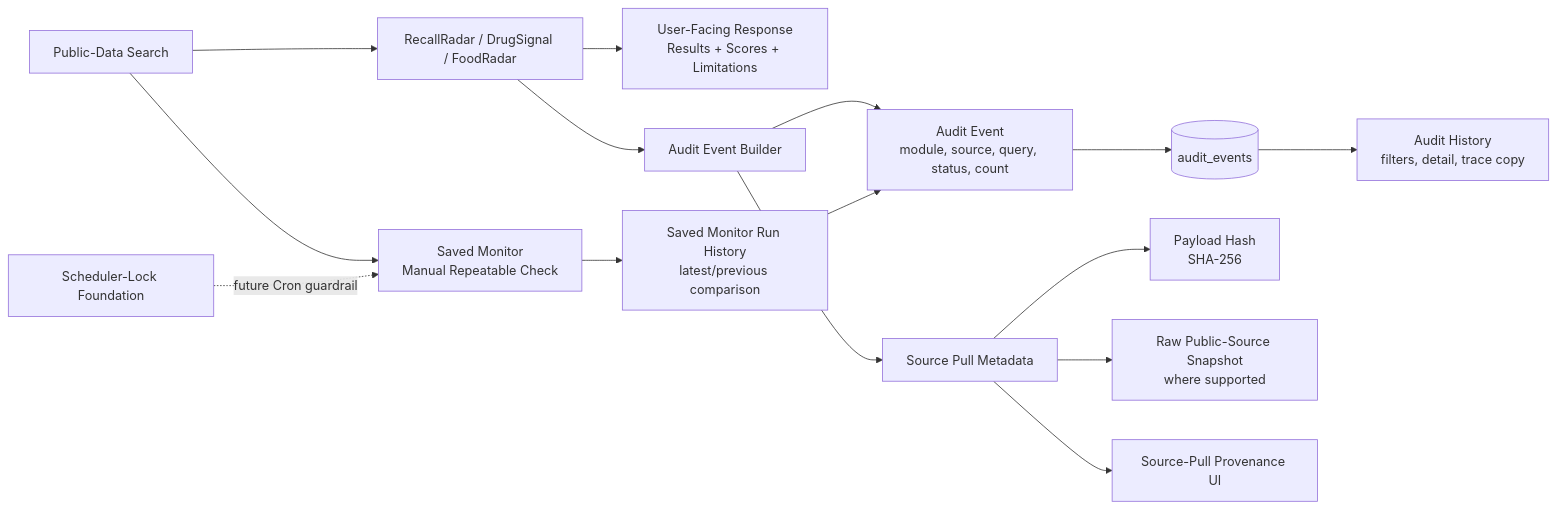
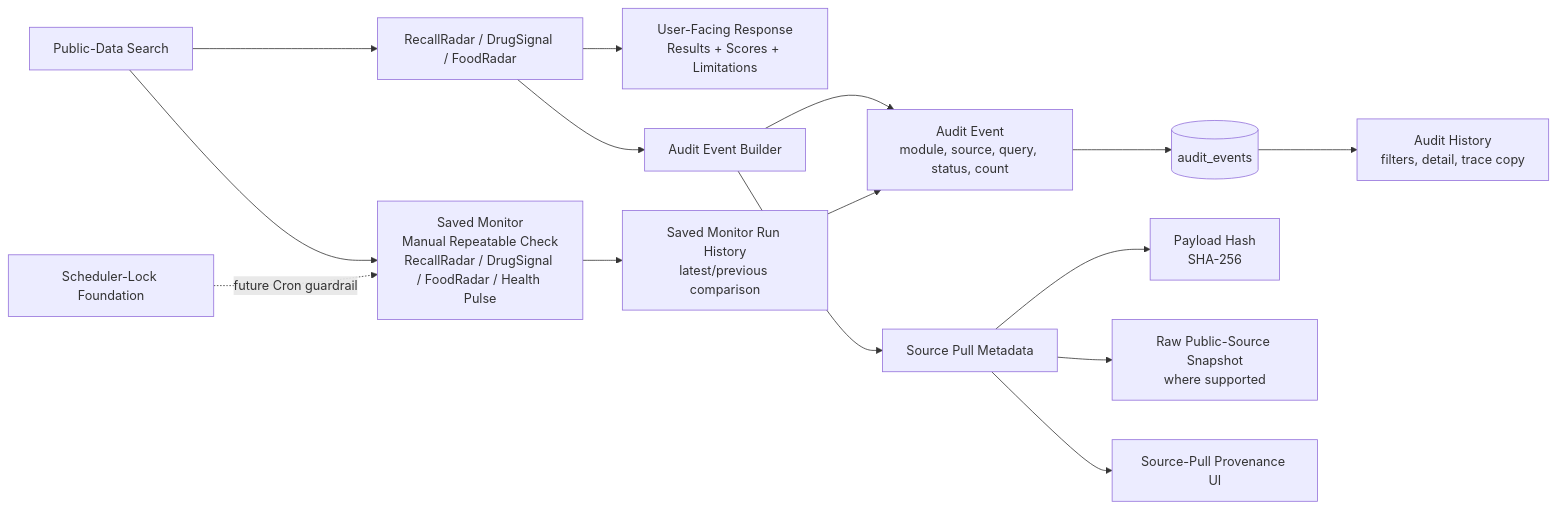
The third of 3 diagrams in docs/final_portfolio_architecture.md (ChanduEsukula/dav-ai), drawn with Mermaid before and after one commit. The commit also changed other lines of this file and 3 other files, not shown here.

Commit message:
Document FoodRadar manual saved monitor support

````diff
--- a/docs/final_portfolio_architecture.md
+++ b/docs/final_portfolio_architecture.md
@@ -142,21 +142,21 @@
 ```mermaid
 flowchart LR
     Search["Public-Data Search"] --> Workflow["RecallRadar / DrugSignal / FoodRadar"]
     Workflow --> Response["User-Facing Response<br/>Results + Scores + Limitations"]
     Workflow --> AuditBuilder["Audit Event Builder"]
 
     AuditBuilder --> AuditEvent["Audit Event<br/>module, source, query, status, count"]
     AuditEvent --> AuditDB[("audit_events")]
     AuditDB --> AuditUI["Audit History<br/>filters, detail, trace copy"]
 
     AuditBuilder --> Pull["Source Pull Metadata"]
     Pull --> Hash["Payload Hash<br/>SHA-256"]
     Pull --> Snapshot["Raw Public-Source Snapshot<br/>where supported"]
     Pull --> Provenance["Source-Pull Provenance UI"]
 
-    Search --> Monitor["Saved Monitor<br/>Manual Repeatable Check"]
+    Search --> Monitor["Saved Monitor<br/>Manual Repeatable Check<br/>RecallRadar / DrugSignal / FoodRadar / Health Pulse"]
     Monitor --> RunHistory["Saved Monitor Run History<br/>latest/previous comparison"]
     RunHistory --> AuditEvent
 
     Scheduler["Scheduler-Lock Foundation"] -. "future Cron guardrail" .-> Monitor
 ```
````
